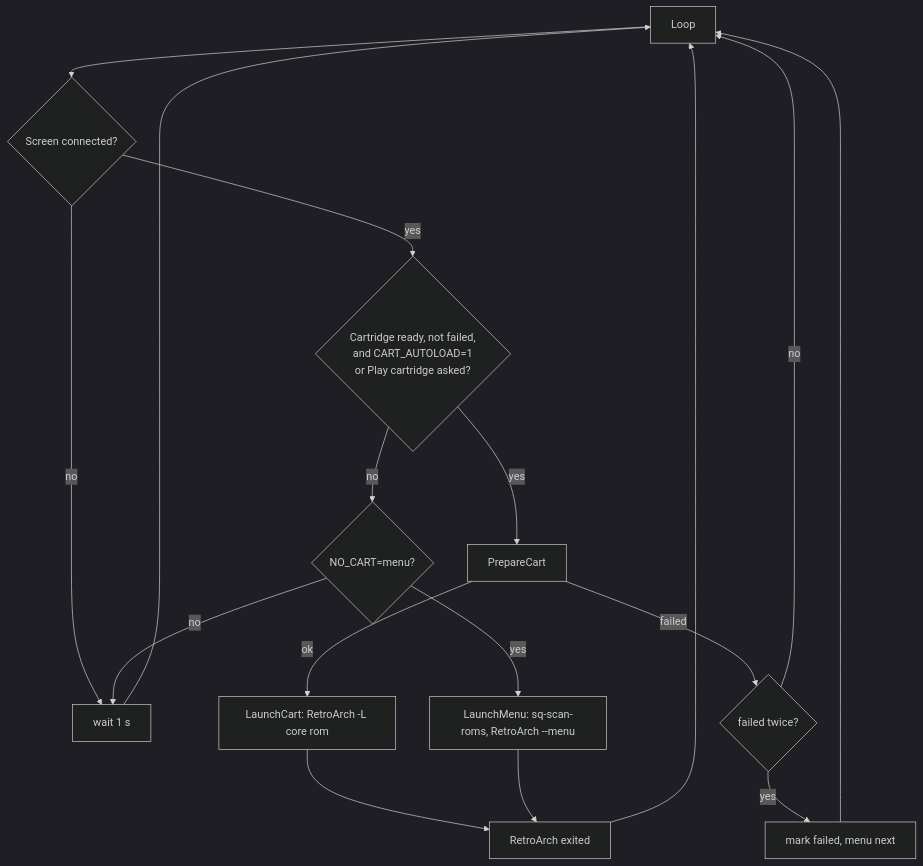
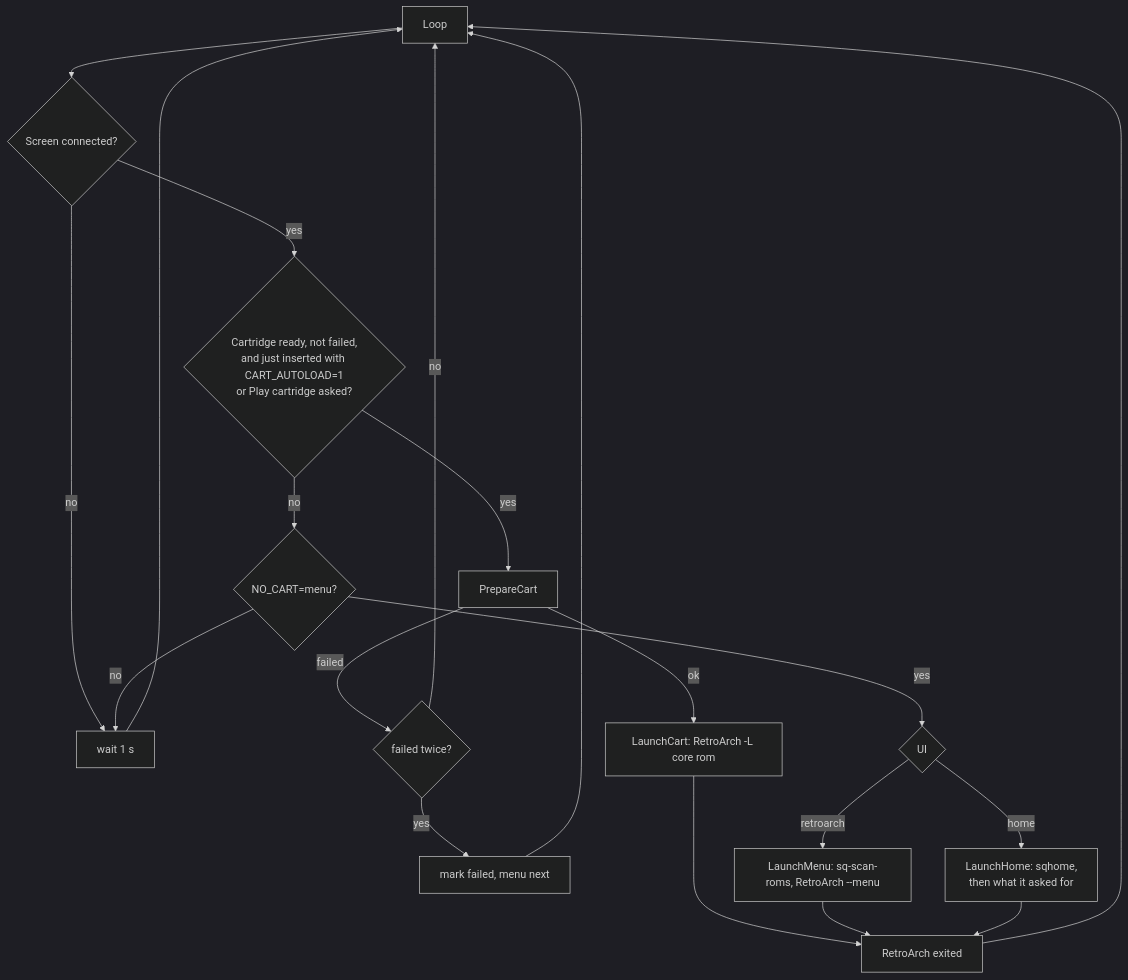
Before and after one commit to slurrps-mcgee/slurrps-hyperkin-gb: the third of 5 diagrams in docs/DOCUMENTATION.md, drawn with Mermaid (dark theme). The commit also changed other lines of this file and 57 other files, not shown here.

````diff
--- a/docs/DOCUMENTATION.md
+++ b/docs/DOCUMENTATION.md
@@ -151,16 +167,19 @@
 ```mermaid
 flowchart TD
     L[Loop] --> S{Screen connected?}
     S -- no --> W[wait 1 s] --> L
-    S -- yes --> C{Cartridge ready, not failed,<br/>and CART_AUTOLOAD=1<br/>or Play cartridge asked?}
+    S -- yes --> C{Cartridge ready, not failed,<br/>and just inserted with CART_AUTOLOAD=1<br/>or Play cartridge asked?}
     C -- yes --> P[PrepareCart]
     P -- ok --> RC[LaunchCart: RetroArch -L core rom]
     P -- failed --> F{failed twice?}
     F -- yes --> X[mark failed, menu next] --> L
     F -- no --> L
     C -- no --> M{NO_CART=menu?}
-    M -- yes --> RM[LaunchMenu: sq-scan-roms, RetroArch --menu]
+    M -- yes --> U{UI}
+    U -- home --> H[LaunchHome: sqhome,<br/>then what it asked for]
+    U -- retroarch --> RM[LaunchMenu: sq-scan-roms, RetroArch --menu]
     M -- no --> W
     RC --> E[RetroArch exited] --> L
     RM --> E
+    H --> E
 ```
````
